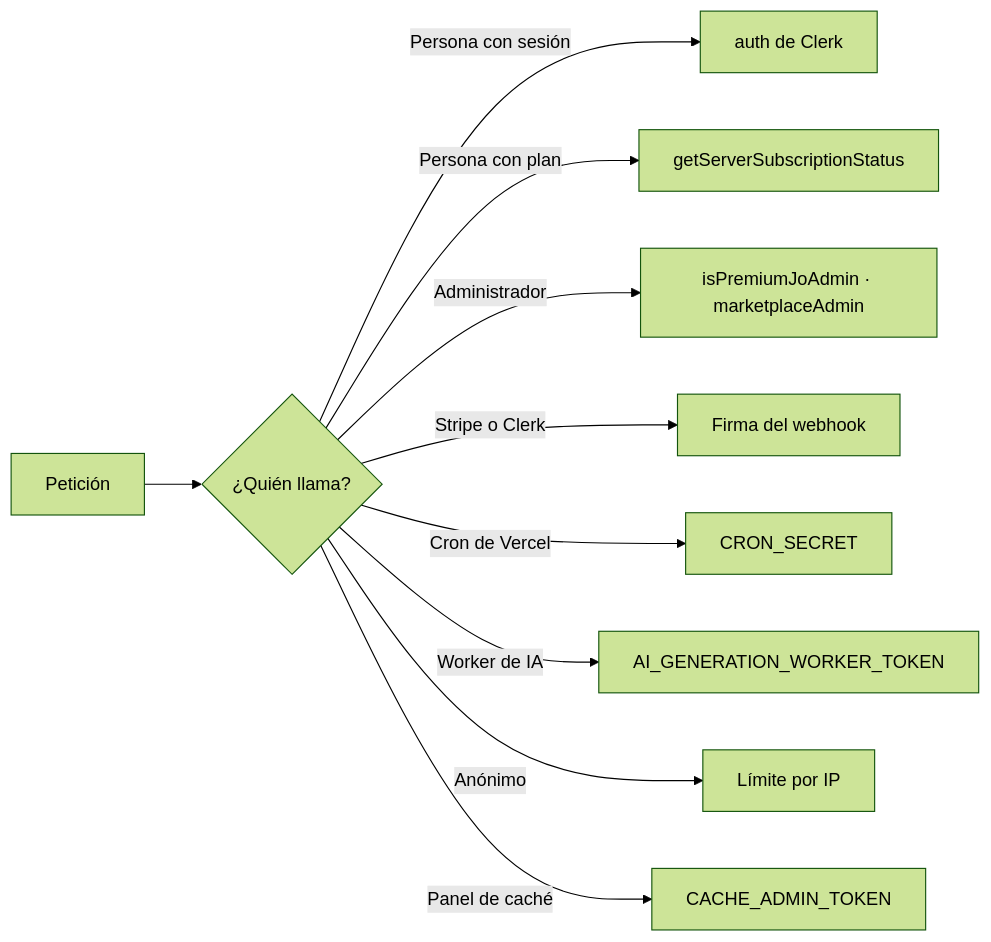
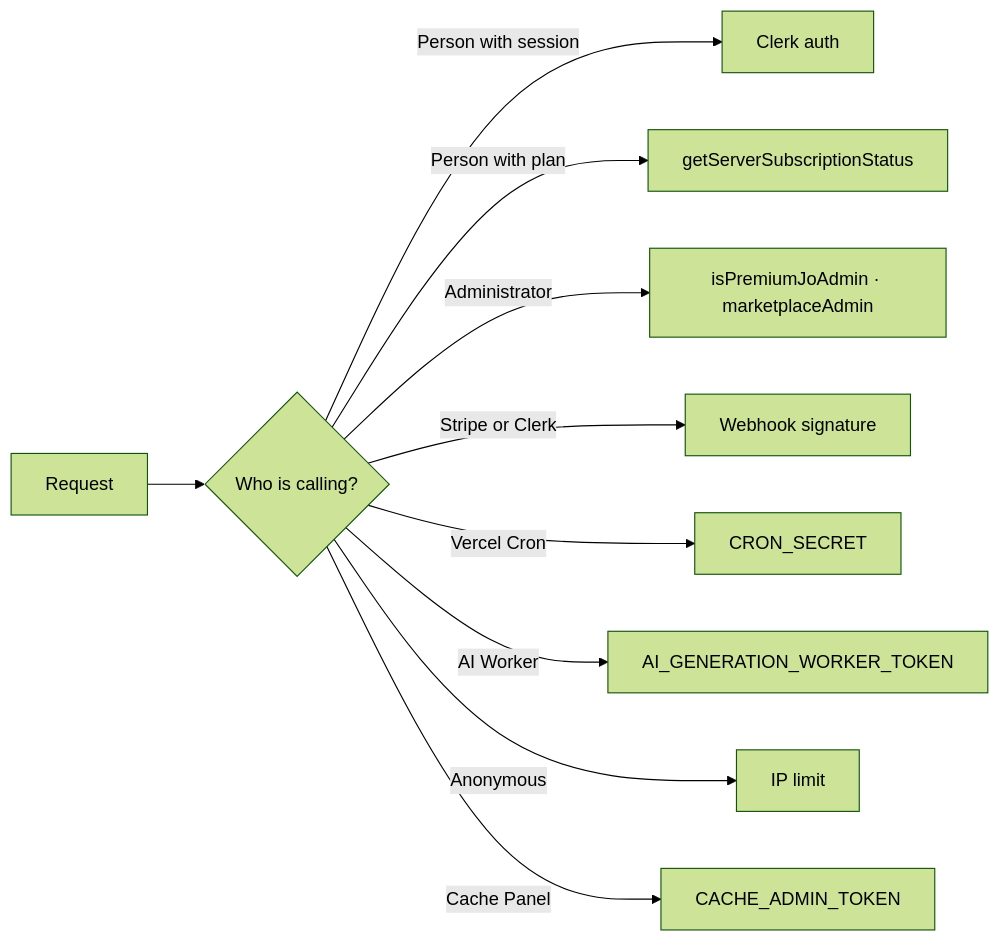
One commit to jggjosue/prompt-studio changed the third of 6 diagrams in docs/ARCHITECTURE.md. Above: the diagram before and after it, drawn with Mermaid (forest theme). The commit also changed other lines of this file and 8 other files, not shown here.

````diff
--- a/docs/ARCHITECTURE.md
+++ b/docs/ARCHITECTURE.md
@@ -99,12 +88,12 @@
 ```mermaid
 flowchart LR
-    REQ[Petición] --> T{¿Quién llama?}
-    T -->|Persona con sesión| S[auth de Clerk]
-    T -->|Persona con plan| PL[getServerSubscriptionStatus]
-    T -->|Administrador| AD[isPremiumJoAdmin · marketplaceAdmin]
-    T -->|Stripe o Clerk| WH[Firma del webhook]
-    T -->|Cron de Vercel| CR[CRON_SECRET]
-    T -->|Worker de IA| WK[AI_GENERATION_WORKER_TOKEN]
-    T -->|Anónimo| IP[Límite por IP]
-    T -->|Panel de caché| CA[CACHE_ADMIN_TOKEN]
+    REQ[Request] --> T{Who is calling?}
+    T -->|Person with session| S[Clerk auth]
+    T -->|Person with plan| PL[getServerSubscriptionStatus]
+    T -->|Administrator| AD[isPremiumJoAdmin · marketplaceAdmin]
+    T -->|Stripe or Clerk| WH[Webhook signature]
+    T -->|Vercel Cron| CR[CRON_SECRET]
+    T -->|AI Worker| WK[AI_GENERATION_WORKER_TOKEN]
+    T -->|Anonymous| IP[IP limit]
+    T -->|Cache Panel| CA[CACHE_ADMIN_TOKEN]
 ```
````
